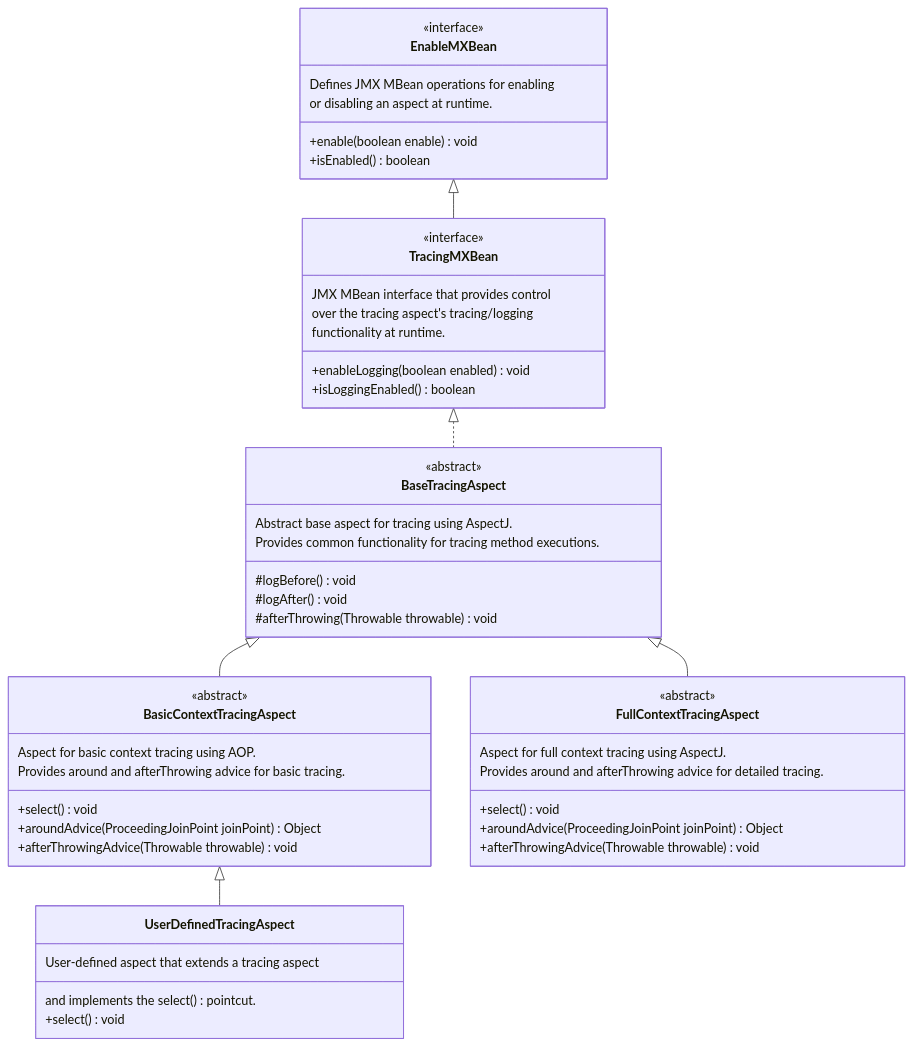
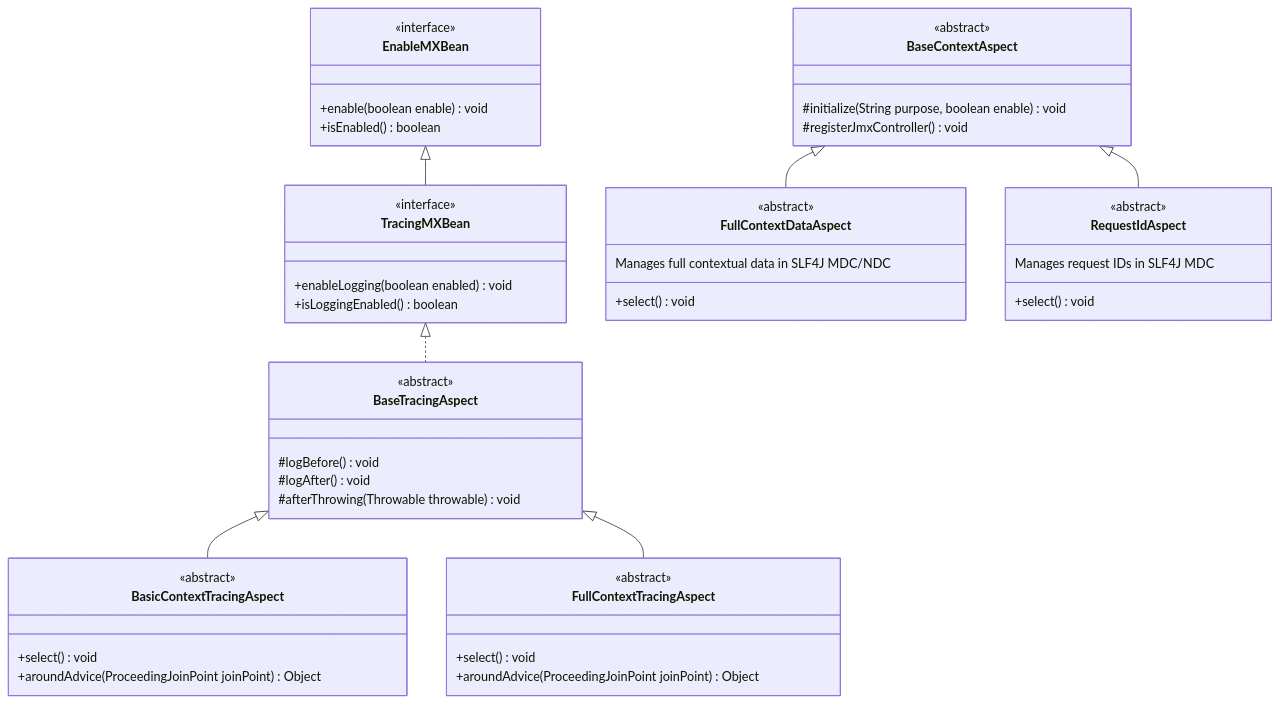
Before and after one commit to stevensouza/automon: the second of 2 diagrams in docs/automon_class_diagrams.md, drawn with Mermaid. The commit also changed other lines of this file, not shown here.

Commit message:
added minor improvements

````diff
--- a/docs/automon_class_diagrams.md
+++ b/docs/automon_class_diagrams.md
@@ -69,58 +69,58 @@
 ```mermaid
 classDiagram
     EnableMXBean <|-- TracingMXBean
     TracingMXBean <|.. BaseTracingAspect
     BaseTracingAspect <|-- BasicContextTracingAspect
     BaseTracingAspect <|-- FullContextTracingAspect
-    BasicContextTracingAspect <|-- UserDefinedTracingAspect
+    BaseContextAspect <|-- FullContextDataAspect
+    BaseContextAspect <|-- RequestIdAspect
 
     class EnableMXBean {
         <<interface>>
-        Defines JMX MBean operations for enabling
-        or disabling an aspect at runtime.
         +enable(boolean enable) void
         +isEnabled() boolean
     }
 
     class TracingMXBean {
         <<interface>>
-        JMX MBean interface that provides control
-        over the tracing aspect's tracing/logging
-        functionality at runtime.
         +enableLogging(boolean enabled) void
         +isLoggingEnabled() boolean
     }
 
     class BaseTracingAspect {
         <<abstract>>
-        Abstract base aspect for tracing using AspectJ.
-        Provides common functionality for tracing method executions.
         #logBefore() void
         #logAfter() void
         #afterThrowing(Throwable throwable) void
     }
 
+    class BaseContextAspect {
+        <<abstract>>
+        #initialize(String purpose, boolean enable) void
+        #registerJmxController() void
+    }
+
     class BasicContextTracingAspect {
         <<abstract>>
-        Aspect for basic context tracing using AOP.
-        Provides around and afterThrowing advice for basic tracing.
         +select() void
         +aroundAdvice(ProceedingJoinPoint joinPoint) Object
-        +afterThrowingAdvice(Throwable throwable) void
     }
 
     class FullContextTracingAspect {
         <<abstract>>
-        Aspect for full context tracing using AspectJ.
-        Provides around and afterThrowing advice for detailed tracing.
         +select() void
         +aroundAdvice(ProceedingJoinPoint joinPoint) Object
-        +afterThrowingAdvice(Throwable throwable) void
     }
 
-    class UserDefinedTracingAspect {
-        User-defined aspect that extends a tracing aspect
-        and implements the select() pointcut.
+    class FullContextDataAspect {
+        <<abstract>>
+        Manages full contextual data in SLF4J MDC/NDC
+        +select() void
+    }
+
+    class RequestIdAspect {
+        <<abstract>>
+        Manages request IDs in SLF4J MDC
         +select() void
     }
 ```
````
